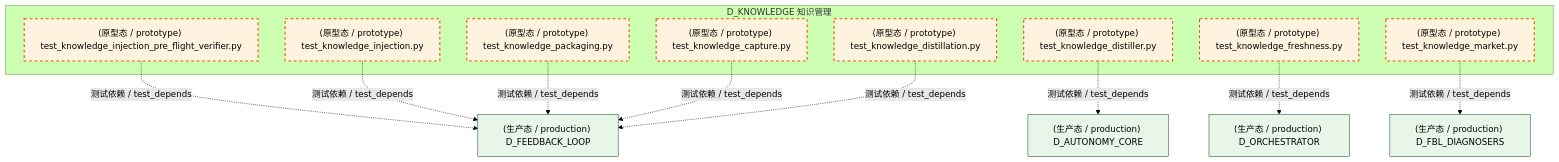
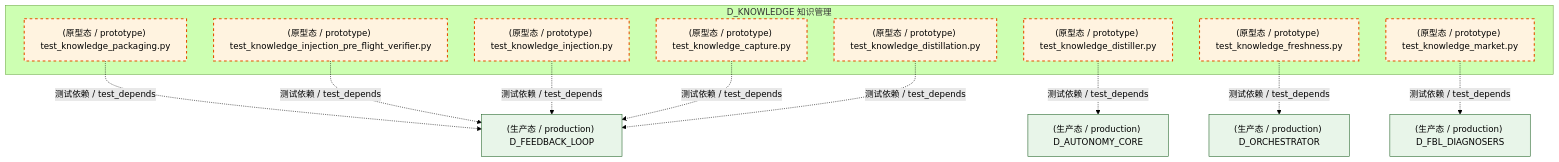
The second of 5 diagrams in docs/02_enterprise_architecture/02_domain_architecture_docs/48_d_knowledge.md (xuanFelixVan/ZephyrAlpha), drawn with Mermaid (forest theme) before and after one commit. The commit also changed other lines of this file and 126 other files, not shown here.

````diff
--- a/docs/02_enterprise_architecture/02_domain_architecture_docs/48_d_knowledge.md
+++ b/docs/02_enterprise_architecture/02_domain_architecture_docs/48_d_knowledge.md
@@ -176,31 +172,31 @@
 ```mermaid
 graph TD
     subgraph D_KNOWLEDGE["D_KNOWLEDGE 知识管理"]
         tests_knowledge_engine_test_knowledge_capture_py["(原型态 / prototype) test_knowledge_capture.py"]
         tests_knowledge_engine_test_knowledge_distillation_py["(原型态 / prototype) test_knowledge_distillation.py"]
         tests_knowledge_engine_test_knowledge_distiller_py["(原型态 / prototype) test_knowledge_distiller.py"]
         tests_knowledge_engine_test_knowledge_freshness_py["(原型态 / prototype) test_knowledge_freshness.py"]
         tests_knowledge_engine_test_knowledge_injection_py["(原型态 / prototype) test_knowledge_injection.py"]
         tests_knowledge_engine_test_knowledge_injection_pre_flight_verifier_py["(原型态 / prototype) test_knowledge_injection_pre_flight_verifier.py"]
         tests_knowledge_engine_test_knowledge_market_py["(原型态 / prototype) test_knowledge_market.py"]
         tests_knowledge_engine_test_knowledge_packaging_py["(原型态 / prototype) test_knowledge_packaging.py"]
     end
     D_FEEDBACK_LOOP["(生产态 / production) D_FEEDBACK_LOOP"]
+    tests_knowledge_engine_test_knowledge_packaging_py -.->|测试依赖 / test_depends| D_FEEDBACK_LOOP
     tests_knowledge_engine_test_knowledge_injection_pre_flight_verifier_py -.->|测试依赖 / test_depends| D_FEEDBACK_LOOP
     D_FBL_DIAGNOSERS["(生产态 / production) D_FBL_DIAGNOSERS"]
     tests_knowledge_engine_test_knowledge_market_py -.->|测试依赖 / test_depends| D_FBL_DIAGNOSERS
+    tests_knowledge_engine_test_knowledge_injection_py -.->|测试依赖 / test_depends| D_FEEDBACK_LOOP
     D_ORCHESTRATOR["(生产态 / production) D_ORCHESTRATOR"]
     tests_knowledge_engine_test_knowledge_freshness_py -.->|测试依赖 / test_depends| D_ORCHESTRATOR
-    tests_knowledge_engine_test_knowledge_injection_py -.->|测试依赖 / test_depends| D_FEEDBACK_LOOP
-    tests_knowledge_engine_test_knowledge_packaging_py -.->|测试依赖 / test_depends| D_FEEDBACK_LOOP
     tests_knowledge_engine_test_knowledge_capture_py -.->|测试依赖 / test_depends| D_FEEDBACK_LOOP
     tests_knowledge_engine_test_knowledge_distillation_py -.->|测试依赖 / test_depends| D_FEEDBACK_LOOP
     D_AUTONOMY_CORE["(生产态 / production) D_AUTONOMY_CORE"]
     tests_knowledge_engine_test_knowledge_distiller_py -.->|测试依赖 / test_depends| D_AUTONOMY_CORE
     classDef production fill:#e1f5fe,stroke:#01579b,stroke-width:2px,color:#000
     classDef design fill:#fff3e0,stroke:#e65100,stroke-width:2px,color:#000,stroke-dasharray: 5 5
     classDef external_prod fill:#e8f5e9,stroke:#1b5e20,stroke-width:1px,color:#000
     classDef external_design fill:#fce4ec,stroke:#880e4f,stroke-width:1px,color:#000,stroke-dasharray: 5 5
     class tests_knowledge_engine_test_knowledge_capture_py,tests_knowledge_engine_test_knowledge_distillation_py,tests_knowledge_engine_test_knowledge_distiller_py,tests_knowledge_engine_test_knowledge_freshness_py,tests_knowledge_engine_test_knowledge_injection_py,tests_knowledge_engine_test_knowledge_injection_pre_flight_verifier_py,tests_knowledge_engine_test_knowledge_market_py,tests_knowledge_engine_test_knowledge_packaging_py design
     class D_FEEDBACK_LOOP,D_FBL_DIAGNOSERS,D_ORCHESTRATOR,D_AUTONOMY_CORE external_prod
 ```
````
